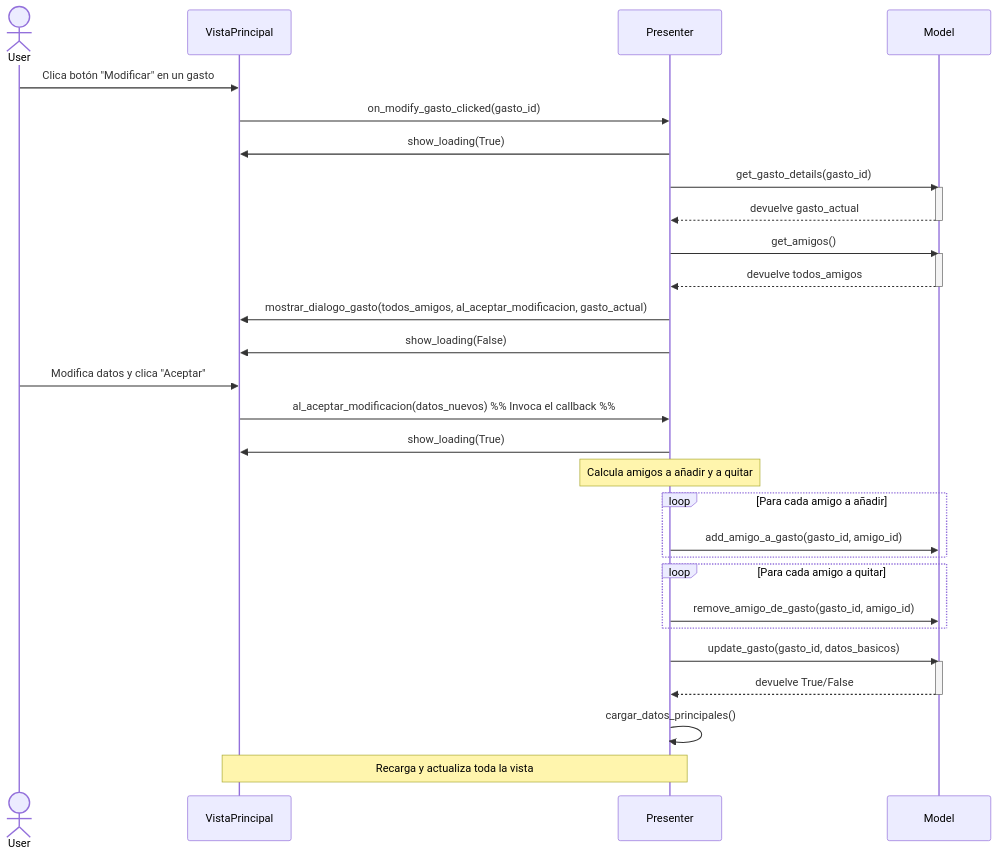
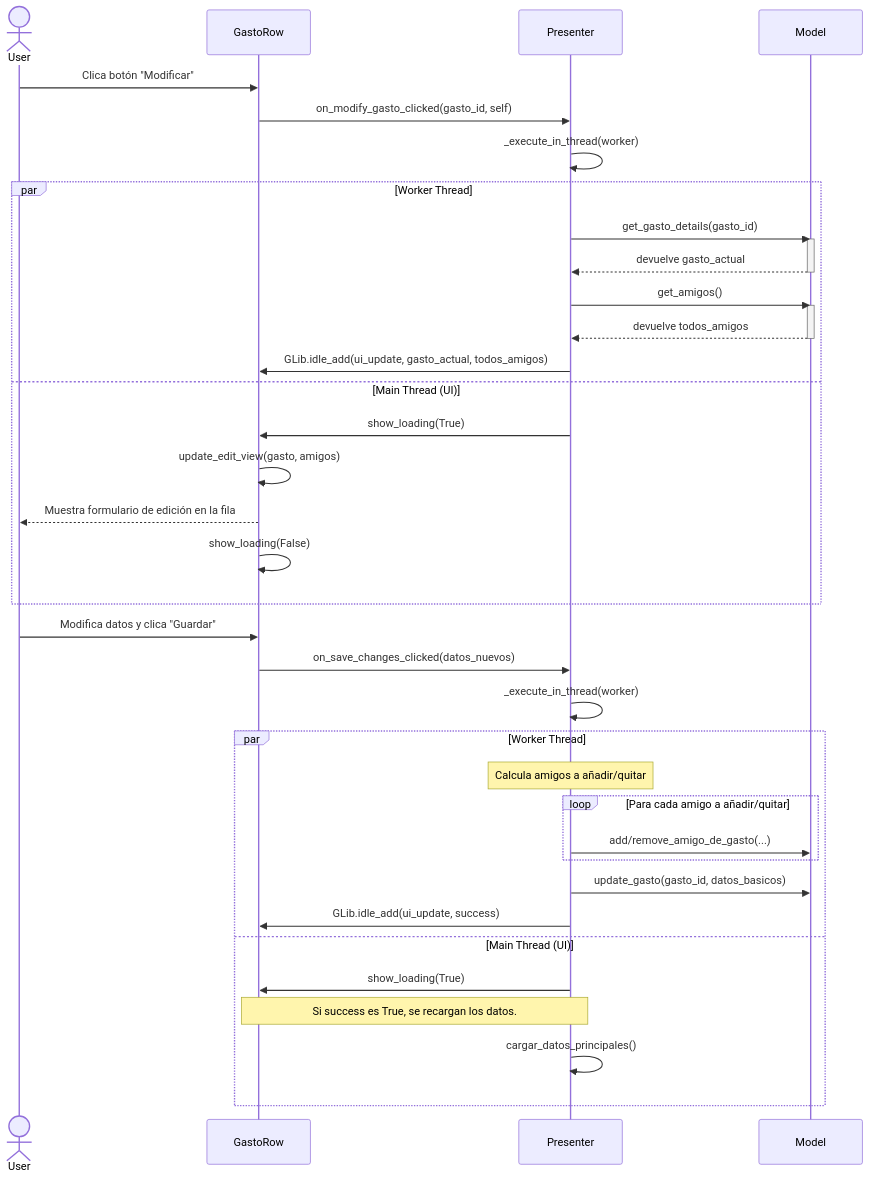
The fourth of 8 diagrams in diseño_sw.md (pablofernandezz/hmi-desktop-app), drawn with Mermaid before and after one commit. The commit also changed other lines of this file, not shown here.

Commit message:
Diagramas actualizados después de la correción del diseño

````diff
--- a/diseño_sw.md
+++ b/diseño_sw.md
@@ -176,47 +240,50 @@
 ```mermaid
 sequenceDiagram
     actor User
-    participant VistaPrincipal
+    participant GastoRow
     participant Presenter
     participant Model
 
-    User->>VistaPrincipal: Clica botón "Modificar" en un gasto
-    VistaPrincipal->>Presenter: on_modify_gasto_clicked(gasto_id)
+    User->>GastoRow: Clica botón "Modificar"
+    GastoRow->>Presenter: on_modify_gasto_clicked(gasto_id, self)
 
-    Presenter->>VistaPrincipal: show_loading(True)
+    Presenter->>Presenter: _execute_in_thread(worker)
+    
+    par Worker Thread
+        Presenter->>Model: get_gasto_details(gasto_id)
+        activate Model
+        Model-->>Presenter: devuelve gasto_actual
+        deactivate Model
+        
+        Presenter->>Model: get_amigos()
+        activate Model
+        Model-->>Presenter: devuelve todos_amigos
+        deactivate Model
+        
+        Presenter->>GastoRow: GLib.idle_add(ui_update, gasto_actual, todos_amigos)
+    and Main Thread (UI)
+        Presenter->>GastoRow: show_loading(True)
+        GastoRow->>GastoRow: update_edit_view(gasto, amigos)
+        GastoRow-->>User: Muestra formulario de edición en la fila
+        GastoRow->>GastoRow: show_loading(False)
+    end
+    
+    User->>GastoRow: Modifica datos y clica "Guardar"
+    GastoRow->>Presenter: on_save_changes_clicked(datos_nuevos)
 
-    Presenter->>Model: get_gasto_details(gasto_id)
-    activate Model
-    Model-->>Presenter: devuelve gasto_actual
-    deactivate Model
-
-    Presenter->>Model: get_amigos()
-    activate Model
-    Model-->>Presenter: devuelve todos_amigos
-    deactivate Model
-
-    Presenter->>VistaPrincipal: mostrar_dialogo_gasto(todos_amigos, al_aceptar_modificacion, gasto_actual)
-    Presenter->>VistaPrincipal: show_loading(False)
+    Presenter->>Presenter: _execute_in_thread(worker)
     
-    User->>VistaPrincipal: Modifica datos y clica "Aceptar"
-    VistaPrincipal->>Presenter: al_aceptar_modificacion(datos_nuevos) %% Invoca el callback %%
-
-    Presenter->>VistaPrincipal: show_loading(True)
-
-    Note over Presenter: Calcula amigos a añadir y a quitar
-
-    loop Para cada amigo a añadir
-        Presenter->>Model: add_amigo_a_gasto(gasto_id, amigo_id)
+    par Worker Thread
+        Note over Presenter: Calcula amigos a añadir/quitar
+        loop Para cada amigo a añadir/quitar
+            Presenter->>Model: add/remove_amigo_de_gasto(...)
+        end
+        Presenter->>Model: update_gasto(gasto_id, datos_basicos)
+        
+        Presenter->>GastoRow: GLib.idle_add(ui_update, success)
+    and Main Thread (UI)
+        Presenter->>GastoRow: show_loading(True)
+        Note over Presenter, GastoRow: Si success es True, se recargan los datos.
+        Presenter->>Presenter: cargar_datos_principales()
     end
-    loop Para cada amigo a quitar
-        Presenter->>Model: remove_amigo_de_gasto(gasto_id, amigo_id)
-    end
-
-    Presenter->>Model: update_gasto(gasto_id, datos_basicos)
-    activate Model
-    Model-->>Presenter: devuelve True/False
-    deactivate Model
-
-    Presenter->>Presenter: cargar_datos_principales()
-    Note over Presenter, VistaPrincipal: Recarga y actualiza toda la vista
 ```
````
